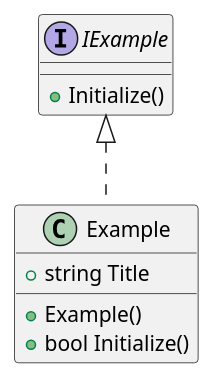
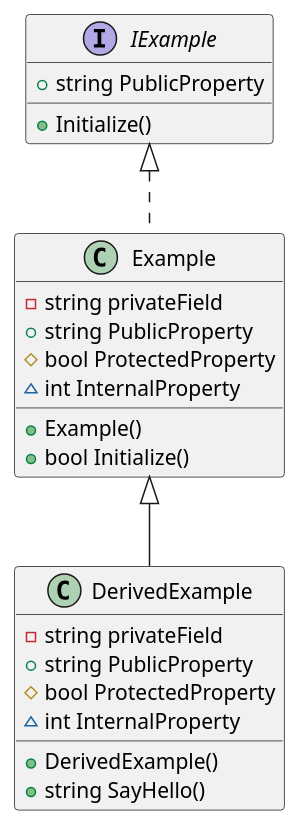
Before and after one commit to Projektanker/programming-guide: the diagram in uml/example.puml, drawn with PlantUML. The commit also changed 2 other files, not shown here.

```diff
--- a/uml/example.puml
+++ b/uml/example.puml
@@ -1,16 +1,30 @@
 @startuml
 IExample <|.. Example
+Example <|-- DerivedExample
 
 interface IExample 
 {
+    + string PublicProperty
     + Initialize()
 }
 
 class Example 
 {
-    + string Title
-    
-    + Example()    
+    - string privateField
+    + string PublicProperty
+    # bool ProtectedProperty
+    ~ int InternalProperty
+    + Example()
     + bool Initialize()
 }
+
+class DerivedExample 
+{
+    - string privateField
+    + string PublicProperty
+    # bool ProtectedProperty
+    ~ int InternalProperty
+    + DerivedExample()
+    + string SayHello()
+}
 @enduml
```
